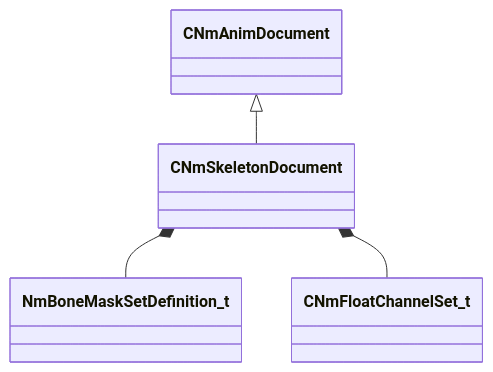
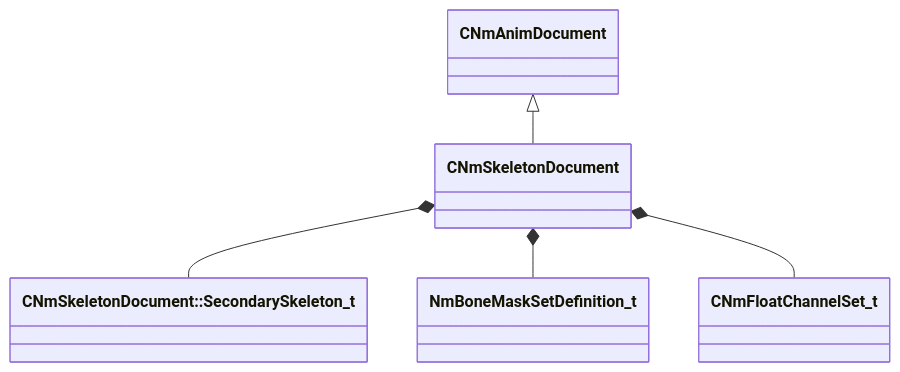
The diagram in docs/generated/schemas/animdoclib/CNmSkeletonDocument.md (CS2OpenDev/CS2OpenDev-Docs), drawn with Mermaid before and after one commit. The commit also changed other lines of this file and 4525 other files, not shown here.

````diff
--- a/docs/generated/schemas/animdoclib/CNmSkeletonDocument.md
+++ b/docs/generated/schemas/animdoclib/CNmSkeletonDocument.md
@@ -17,6 +19,7 @@
 ```mermaid
 classDiagram
     CNmAnimDocument <|-- CNmSkeletonDocument
+    CNmSkeletonDocument *-- `CNmSkeletonDocument::SecondarySkeleton_t`
     CNmSkeletonDocument *-- NmBoneMaskSetDefinition_t
     CNmSkeletonDocument *-- CNmFloatChannelSet_t
 ```
````
